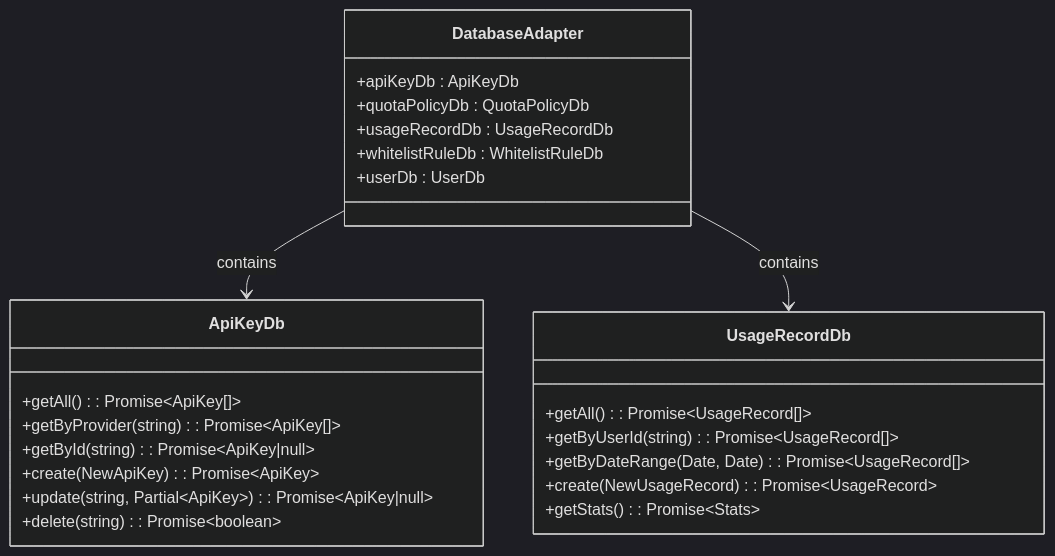
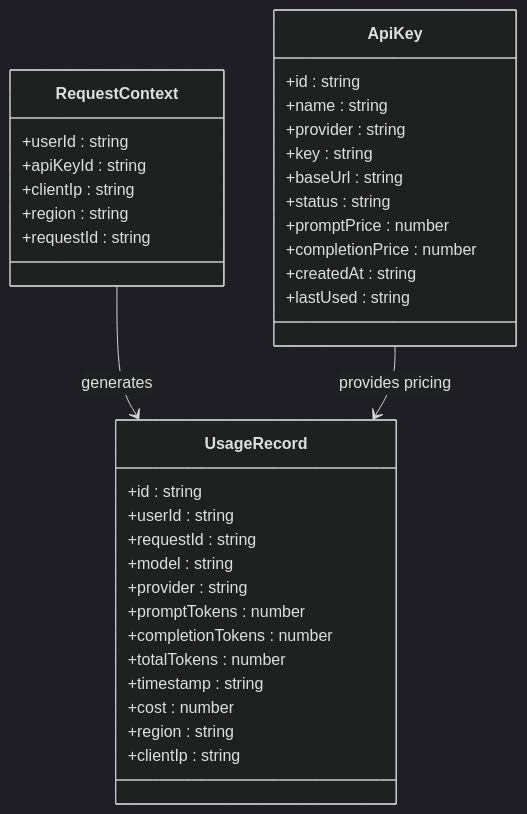
The seventh of 12 diagrams in .qoder/repowiki/zh/content/核心功能/演示模式系统.md (RadiumAg/AIGate), drawn with Mermaid (dark theme) before and after one commit. The commit also changed other lines of this file and 7 other files, not shown here.

First line of the commit message:
docs(model-pricing): 更新模型定价系统文档，新增 API Key 自定义定价支持

````diff
--- a/.qoder/repowiki/zh/content/核心功能/演示模式系统.md
+++ b/.qoder/repowiki/zh/content/核心功能/演示模式系统.md
@@ -479,27 +450,38 @@
 ```mermaid
 classDiagram
-class DatabaseAdapter {
-+apiKeyDb : ApiKeyDb
-+quotaPolicyDb : QuotaPolicyDb
-+usageRecordDb : UsageRecordDb
-+whitelistRuleDb : WhitelistRuleDb
-+userDb : UserDb
+class RequestContext {
++userId : string
++apiKeyId : string
++clientIp : string
++region : string
++requestId : string
 }
-class ApiKeyDb {
-+getAll() : Promise~ApiKey[]~
-+getByProvider(string) : Promise~ApiKey[]~
-+getById(string) : Promise~ApiKey|null~
-+create(NewApiKey) : Promise~ApiKey~
-+update(string, Partial~ApiKey~) : Promise~ApiKey|null~
-+delete(string) : Promise~boolean~
+class UsageRecord {
++id : string
++userId : string
++requestId : string
++model : string
++provider : string
++promptTokens : number
++completionTokens : number
++totalTokens : number
++timestamp : string
++cost : number
++region : string
++clientIp : string
 }
-class UsageRecordDb {
-+getAll() : Promise~UsageRecord[]~
-+getByUserId(string) : Promise~UsageRecord[]~
-+getByDateRange(Date, Date) : Promise~UsageRecord[]~
-+create(NewUsageRecord) : Promise~UsageRecord~
-+getStats() : Promise~Stats~
+class ApiKey {
++id : string
++name : string
++provider : string
++key : string
++baseUrl : string
++status : string
++promptPrice : number
++completionPrice : number
++createdAt : string
++lastUsed : string
 }
-DatabaseAdapter --> ApiKeyDb : contains
-DatabaseAdapter --> UsageRecordDb : contains
+RequestContext --> UsageRecord : generates
+ApiKey --> UsageRecord : provides pricing
 ```
````
